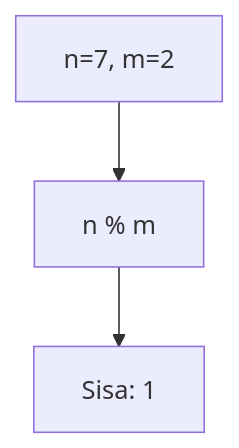
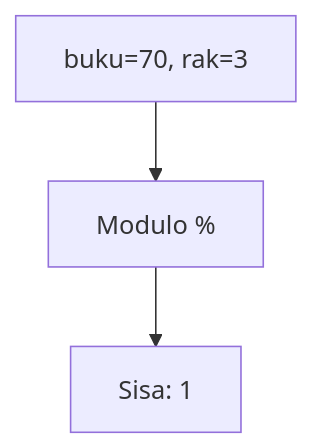
Before and after one commit to amnahwaida/OSNK_INF_PREP: the seventh of 25 diagrams in part-c-pemahaman-cpp/01-tipe-data/latihan/set-10.md, drawn with Mermaid. The commit also changed other lines of this file and 71 other files, not shown here.

````diff
--- a/part-c-pemahaman-cpp/01-tipe-data/latihan/set-10.md
+++ b/part-c-pemahaman-cpp/01-tipe-data/latihan/set-10.md
@@ -242,5 +192,5 @@
 ```mermaid
 graph TD
-A["n=7, m=2"] --> B["n % m"]
+A["buku=70, rak=3"] --> B["Modulo %"]
 B --> C["Sisa: 1"]
 ```
````
